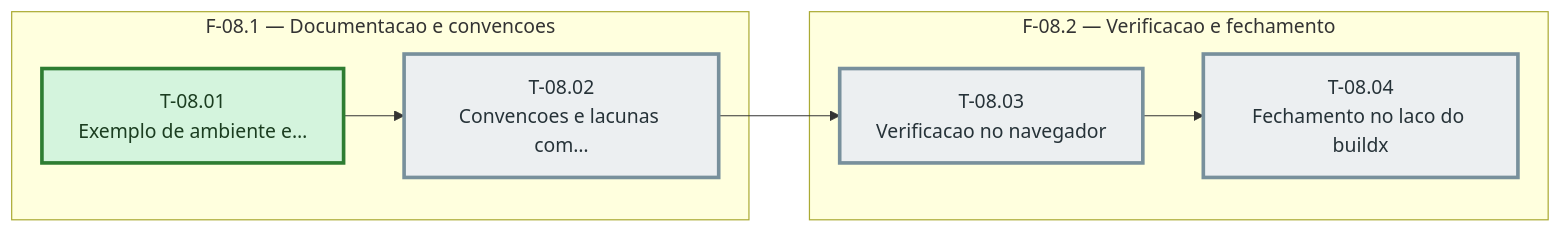
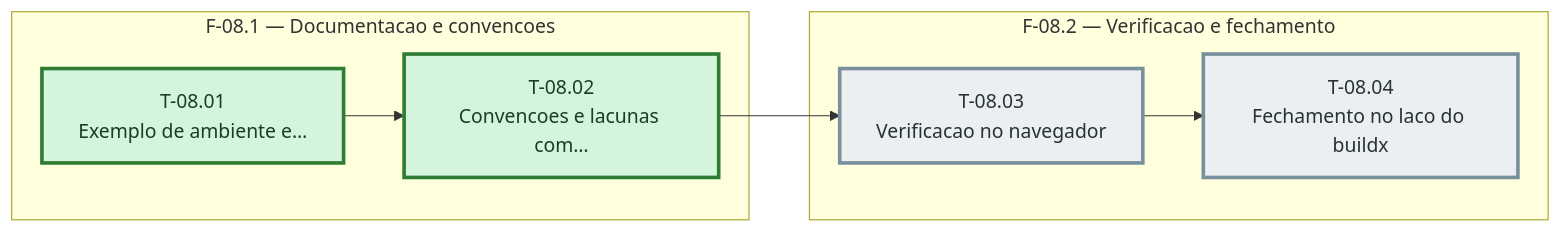
Before and after one commit to bittencourtthulio/converse-chatbot: the diagram in docs/operacao-e-backup/sprint-08/fases.md, drawn with Mermaid. The commit also changed other lines of this file and 4 other files, not shown here.

````diff
--- a/docs/operacao-e-backup/sprint-08/fases.md
+++ b/docs/operacao-e-backup/sprint-08/fases.md
@@ -31,27 +31,27 @@
 ```mermaid
 %% Grafo de tasks — sprint-08 — gerado pela sprintx a partir de tasks.md
 flowchart LR
   subgraph fase_08_1["F-08.1 — Documentacao e convencoes"]
     T_08_01["T-08.01<br/>Exemplo de ambiente e…"]
     T_08_02["T-08.02<br/>Convencoes e lacunas com…"]
   end
   subgraph fase_08_2["F-08.2 — Verificacao e fechamento"]
     T_08_03["T-08.03<br/>Verificacao no navegador"]
     T_08_04["T-08.04<br/>Fechamento no laco do buildx"]
   end
   T_08_01 --> T_08_02
   T_08_02 --> T_08_03
   T_08_03 --> T_08_04
 
   classDef concluida fill:#d4f4dd,stroke:#2e7d32,color:#1b3d20
   classDef andamento fill:#fff3cd,stroke:#b8860b,color:#4a3800
   classDef bloqueada fill:#f8d7da,stroke:#c62828,color:#4a1d1f
   classDef pendente  fill:#eceff1,stroke:#78909c,color:#263238
   classDef critico   stroke-width:3px
 
   class T_08_01 concluida
-  class T_08_02 pendente
+  class T_08_02 concluida
   class T_08_03 pendente
   class T_08_04 pendente
   class T_08_04,T_08_03,T_08_02,T_08_01 critico
 ```
````
